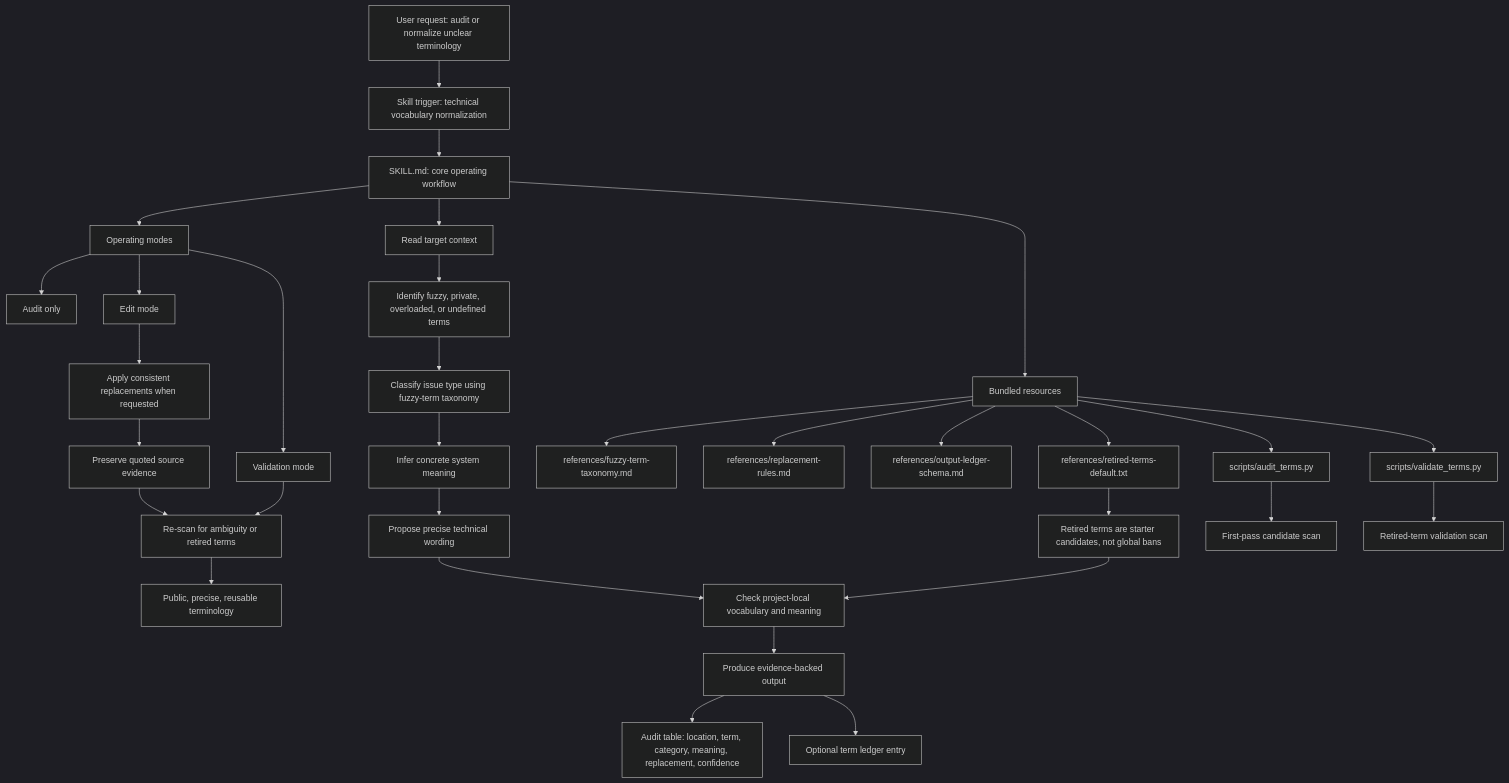
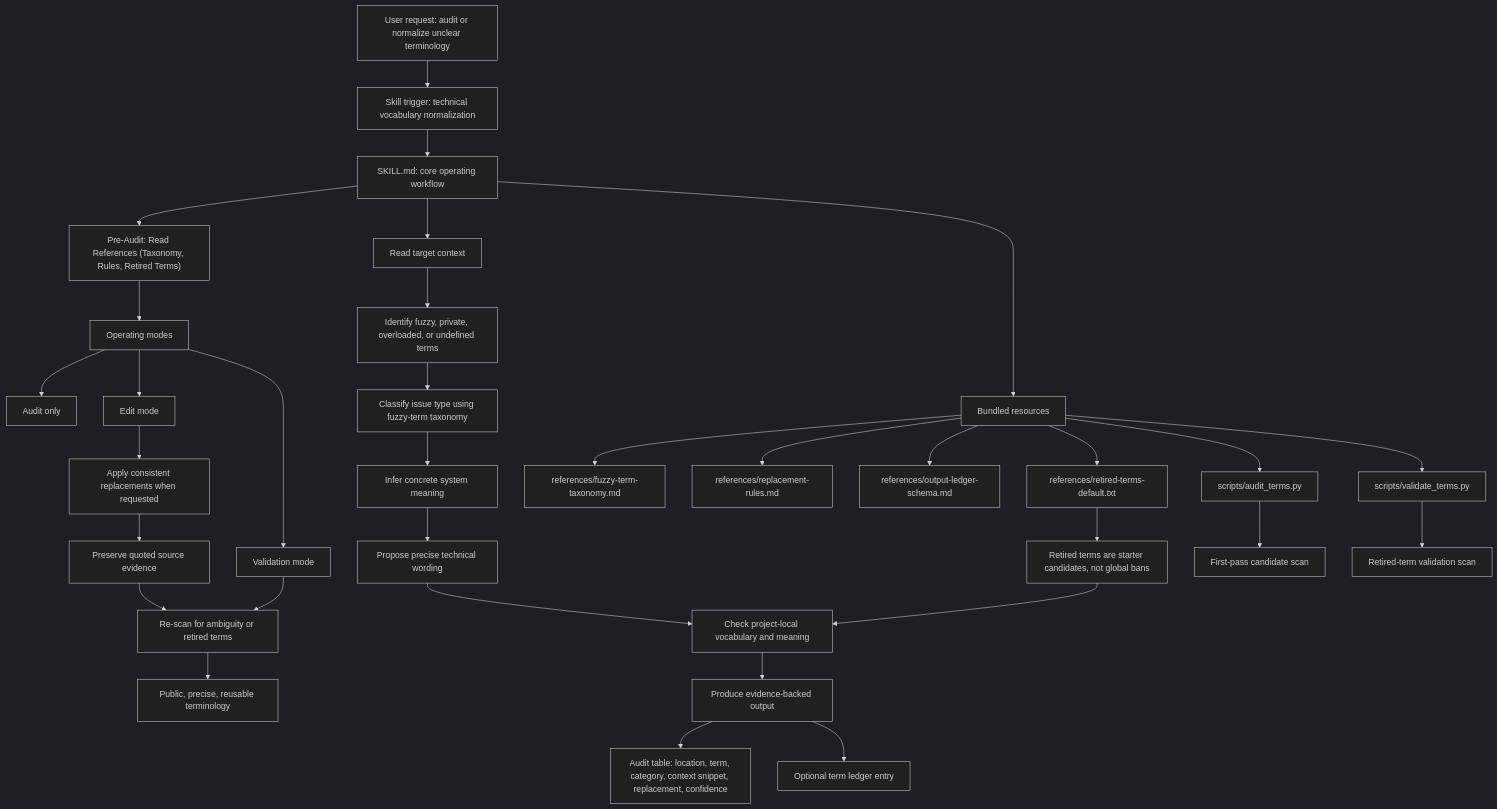
One commit to hellonearthis/technical-vocabulary-nomalizer changed the diagram in .agents/skills/technical-vocabulary-normalizer/SKILL.md. Above: the diagram before and after it, drawn with Mermaid (dark theme). The commit also changed 1 other file, not shown here.

Commit message:
docs: update flowchart to reflect pre-audit steps and correct table columns

````diff
--- a/.agents/skills/technical-vocabulary-normalizer/SKILL.md
+++ b/.agents/skills/technical-vocabulary-normalizer/SKILL.md
@@ -32,42 +32,43 @@
 ```mermaid
 flowchart TD
     User["User request: audit or normalize unclear terminology"] --> Trigger["Skill trigger: technical vocabulary normalization"]
     Trigger --> Core["SKILL.md: core operating workflow"]
     
-    Core --> Modes["Operating modes"]
+    Core --> PreAudit["Pre-Audit: Read References (Taxonomy, Rules, Retired Terms)"]
+    PreAudit --> Modes["Operating modes"]
     Modes --> Audit["Audit only"]
     Modes --> Edit["Edit mode"]
     Modes --> Validate["Validation mode"]
     
     Core --> Context["Read target context"]
     Context --> Detect["Identify fuzzy, private, overloaded, or undefined terms"]
     Detect --> Taxonomy["Classify issue type using fuzzy-term taxonomy"]
     Taxonomy --> Meaning["Infer concrete system meaning"]
     Meaning --> Normalize["Propose precise technical wording"]
     Normalize --> LocalCheck["Check project-local vocabulary and meaning"]
     LocalCheck --> Evidence["Produce evidence-backed output"]
     
-    Evidence --> AuditTable["Audit table: location, term, category, meaning, replacement, confidence"]
+    Evidence --> AuditTable["Audit table: location, term, category, context snippet, replacement, confidence"]
     Evidence --> Ledger["Optional term ledger entry"]
     
     Core --> Resources["Bundled resources"]
     Resources --> TaxonomyRef["references/fuzzy-term-taxonomy.md"]
     Resources --> RulesRef["references/replacement-rules.md"]
     Resources --> LedgerRef["references/output-ledger-schema.md"]
     Resources --> RetiredList["references/retired-terms-default.txt"]
     Resources --> AuditScript["scripts/audit_terms.py"]
     Resources --> ValidateScript["scripts/validate_terms.py"]
     
     RetiredList --> CandidateRule["Retired terms are starter candidates, not global bans"]
     CandidateRule --> LocalCheck
     
     AuditScript --> FirstPass["First-pass candidate scan"]
     ValidateScript --> RetiredScan["Retired-term validation scan"]
     
     Edit --> Apply["Apply consistent replacements when requested"]
     Apply --> Preserve["Preserve quoted source evidence"]
     Preserve --> Revalidate["Re-scan for ambiguity or retired terms"]
     
     Validate --> Revalidate
     Revalidate --> Result["Public, precise, reusable terminology"]
 ``` 
````
